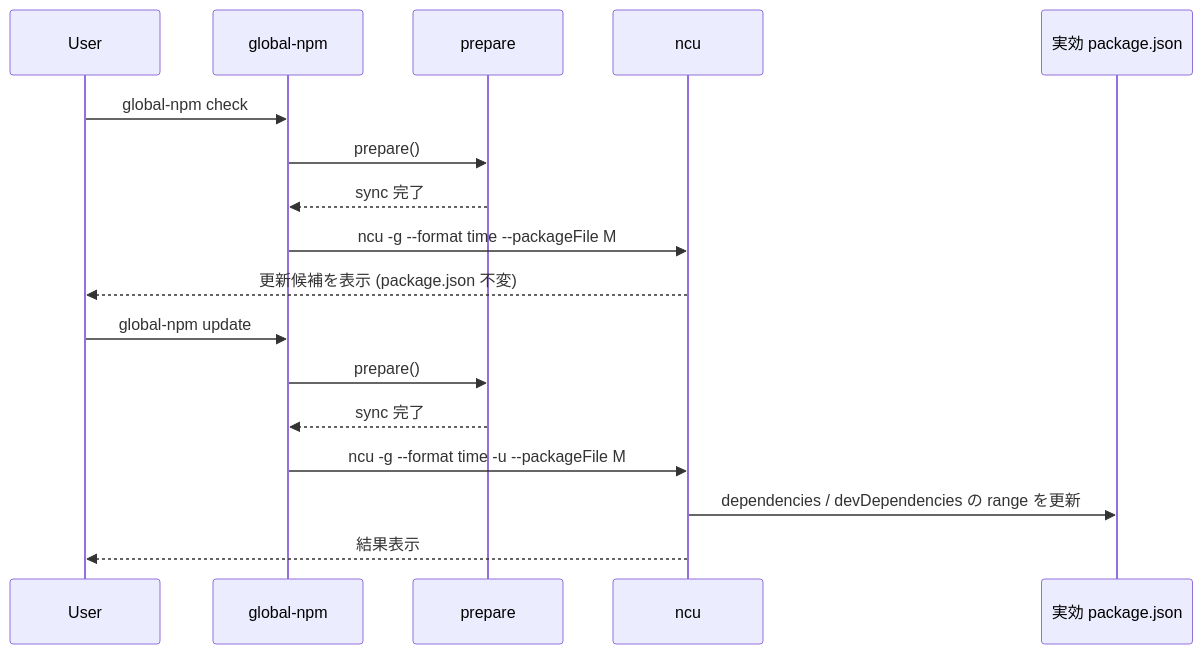
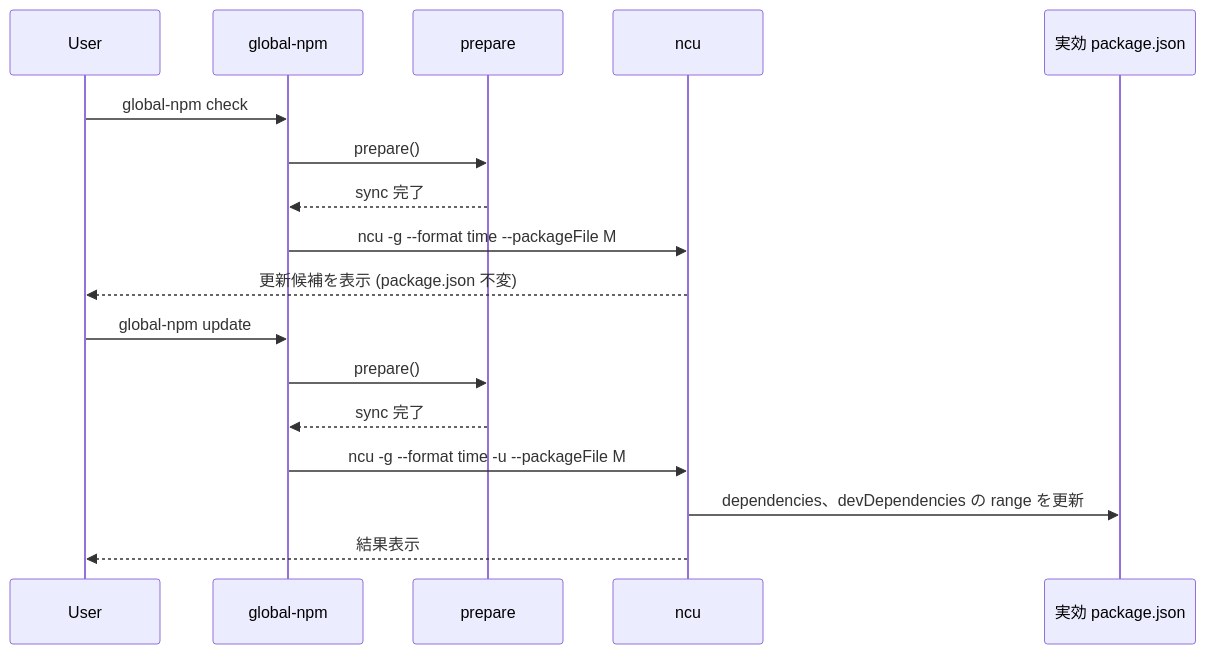
Before and after one commit to stein2nd/global-npm-setup: the fourth of 8 diagrams in docsMod/mod-overlay-manifest.md, drawn with Mermaid. The commit also changed other lines of this file and 23 other files, not shown here.

````diff
--- a/docsMod/mod-overlay-manifest.md
+++ b/docsMod/mod-overlay-manifest.md
@@ -361,21 +361,21 @@
 ```mermaid
 sequenceDiagram
   participant U as User
   participant CLI as global-npm
   participant P as prepare
   participant N as ncu
   participant M as 実効 package.json
 
   U->>CLI: global-npm check
   CLI->>P: prepare()
   P-->>CLI: sync 完了
   CLI->>N: ncu -g --format time --packageFile M
   N-->>U: 更新候補を表示 (package.json 不変)
 
   U->>CLI: global-npm update
   CLI->>P: prepare()
   P-->>CLI: sync 完了
   CLI->>N: ncu -g --format time -u --packageFile M
-  N->>M: dependencies / devDependencies の range を更新
+  N->>M: dependencies、devDependencies の range を更新
   N-->>U: 結果表示
 ```
````
